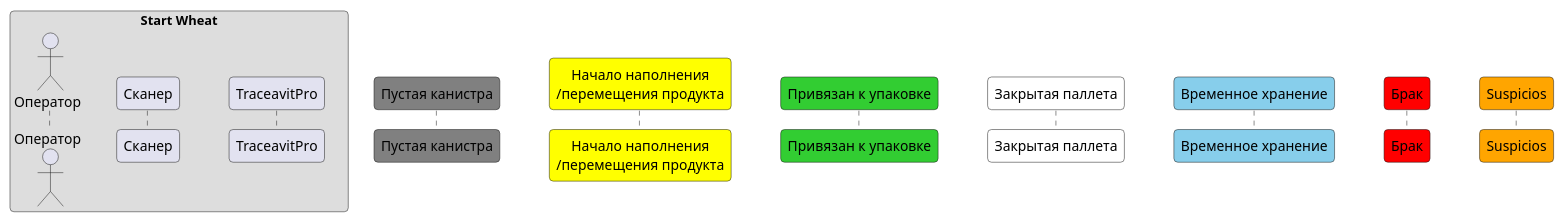
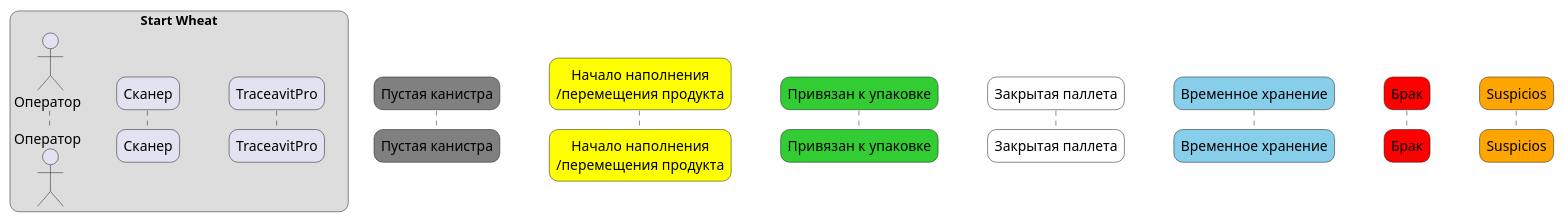
The diagram in definitions.puml (masteroleg/uml), drawn with PlantUML before and after one commit.

Commit message:
Backup on 2024-11-17

```diff
--- a/definitions.puml
+++ b/definitions.puml
@@ -1,63 +1,64 @@
 @startuml sequence definitions
 
 skinparam {
- Roundcorner 8
+ Roundcorner 18
  Maxmessagesize 150
  responseMessageBelowArrow true
  'backgroundColor BlanchedAlmond
  }
+ 
 skinparam sequence {
- ArrowThickness 3
+ ArrowThickness 2
  ParticipantPadding 20
  MessageAlign center 
  }
  
 box Start Wheat
 	actor Оператор as Operator 
 	participant Сканер as scaner 
 	participant "TraceavitPro" as TA
 end box
 
 participant "Пустая канистра" as Gr #Gray
 participant "Начало наполнения\n/перемещения продукта" as Y #Yellow
 participant "Привязан к упаковке" as G #LimeGreen
 participant "Закрытая паллета" as W #White
 participant "Временное хранение" as B #SkyBlue
 participant "Брак" as R #Red
 participant "Suspicios" as S #Orange
 
 autonumber 
 
 /'
 Желтый: Этап начального наполнения или перемещения продукта
 в данную производственную зону из других сегментов процесса. 
 Продукция может вернуться в случае повторного наполнения или инвентаризации.
 Зеленый: Продукт интегрирован в свою упаковочную систему
 (ящик или поддон), что свидетельствует о завершении первичной стадии упаковки.
 На этом этапе коды канистр привязаны к временному коду поддона. 
 Если план паллетизации предполагает ящики, то канистры привязаны к ящику,
 а ящики привязаны к временному коду поддона. В случае обнаружения необходимости
 доработки продукт может вернуться на стадию начального наполнения. 
 сли план паллетизации предполагает ящики, то канистры привязаны к ящику, а ящики привязаны к временному коду поддона.
 Белый: Продукт завершает вторичную стадию упаковки — поддон
 полностью сформирован и маркирован логистической этикеткой, 
 что сигнализирует об окончании производственного этапа. 
 В случае необходимости паллета может быть расформирована,
 и продукт возвращается на стадию начального наполнения для дальнейшей обработки.
 Вторичная стадия упаковки включает сборку и маркировку поддонов, 
 замену временного кода поддона на код логистической этикетки, 
 что обеспечивает готовность продукции к логистическим операциям.
 В отличие от этого, первичная стадия фокусируется на упаковке единиц продукции в ящики 
 или на поддоны для обеспечения их безопасности и стабильности перед дальнейшей обработкой.
 Красный: Продукция признана дефектной и подлежит изоляции
 для последующего анализа или утилизации в соответствии с установленными процедурами
 контроля качества. Данная зона является окончательной для дефектной продукции, и 
 никакие дальнейшие перемещения из неё невозможны.
 Голубой: Продукция временно размещена в зоне хранения для стабилизации 
 или оценки качества перед дальнейшими действиями. В текущих реалиях эта зона 
 используется для отстаивания канистр, например, в случае возможного запивания ножей 
 или других проблем, требующих дополнительной проверки. После проверки продукция либо отправляется на упаковку (Зеленый),
 либо признается дефектной и переходит в зону изоляции (Красный).
 
 '/
 @enduml
```
